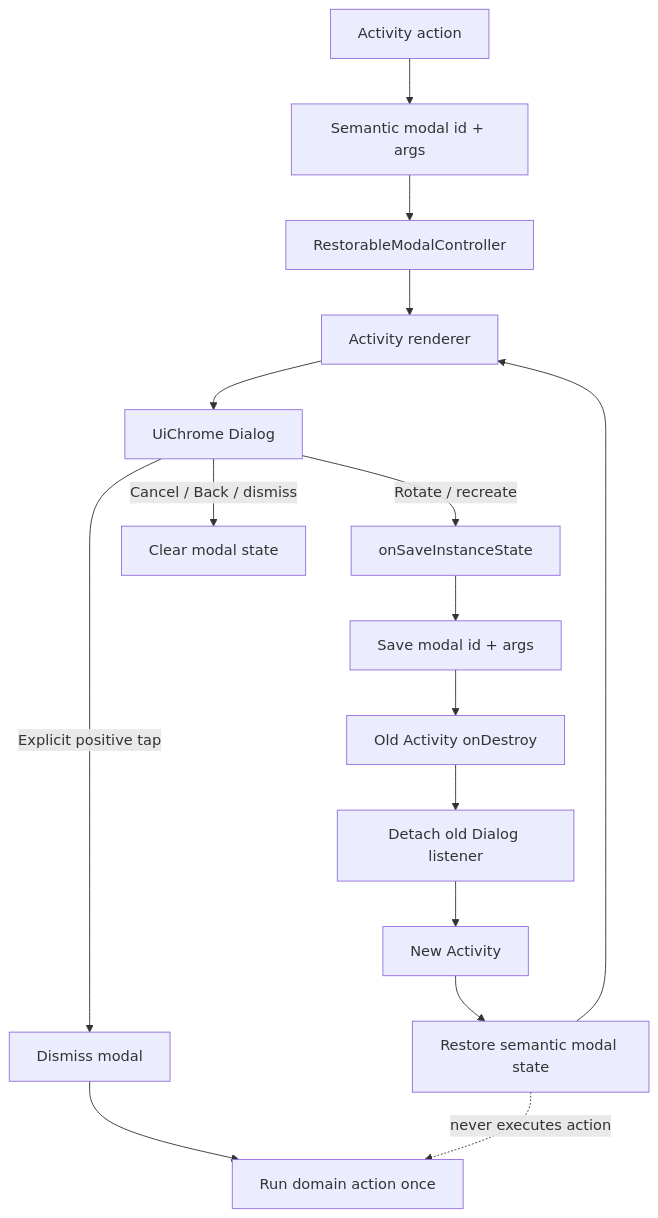
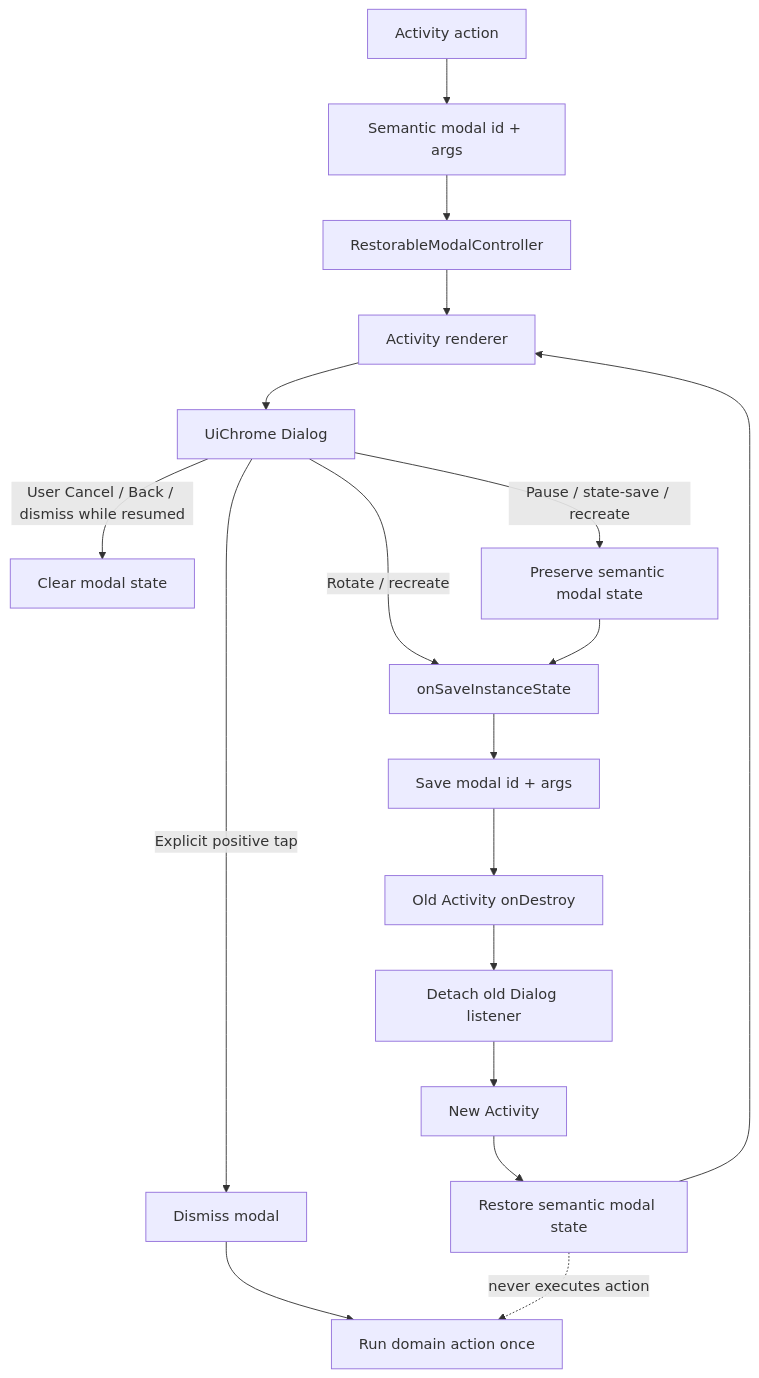
The diagram in docs/v.1.4.50/diagrams/RESTORABLE_MODAL_LIFECYCLE.md (faric-ua/YTM), drawn with Mermaid before and after one commit. The commit also changed other lines of this file and 19 other files, not shown here.

````diff
--- a/docs/v.1.4.50/diagrams/RESTORABLE_MODAL_LIFECYCLE.md
+++ b/docs/v.1.4.50/diagrams/RESTORABLE_MODAL_LIFECYCLE.md
@@ -3,21 +3,23 @@
 ```mermaid
 flowchart TD
     A[Activity action] --> B[Semantic modal id + args]
     B --> C[RestorableModalController]
     C --> D[Activity renderer]
     D --> E[UiChrome Dialog]
 
     E -->|Rotate / recreate| F[onSaveInstanceState]
     F --> G[Save modal id + args]
     G --> H[Old Activity onDestroy]
     H --> I[Detach old Dialog listener]
     I --> J[New Activity]
     J --> K[Restore semantic modal state]
     K --> D
 
-    E -->|Cancel / Back / dismiss| L[Clear modal state]
+    E -->|User Cancel / Back / dismiss while resumed| L[Clear modal state]
+    E -->|Pause / state-save / recreate| P[Preserve semantic modal state]
+    P --> F
     E -->|Explicit positive tap| M[Dismiss modal]
     M --> N[Run domain action once]
 
     K -. never executes action .-> N
 ```
````
